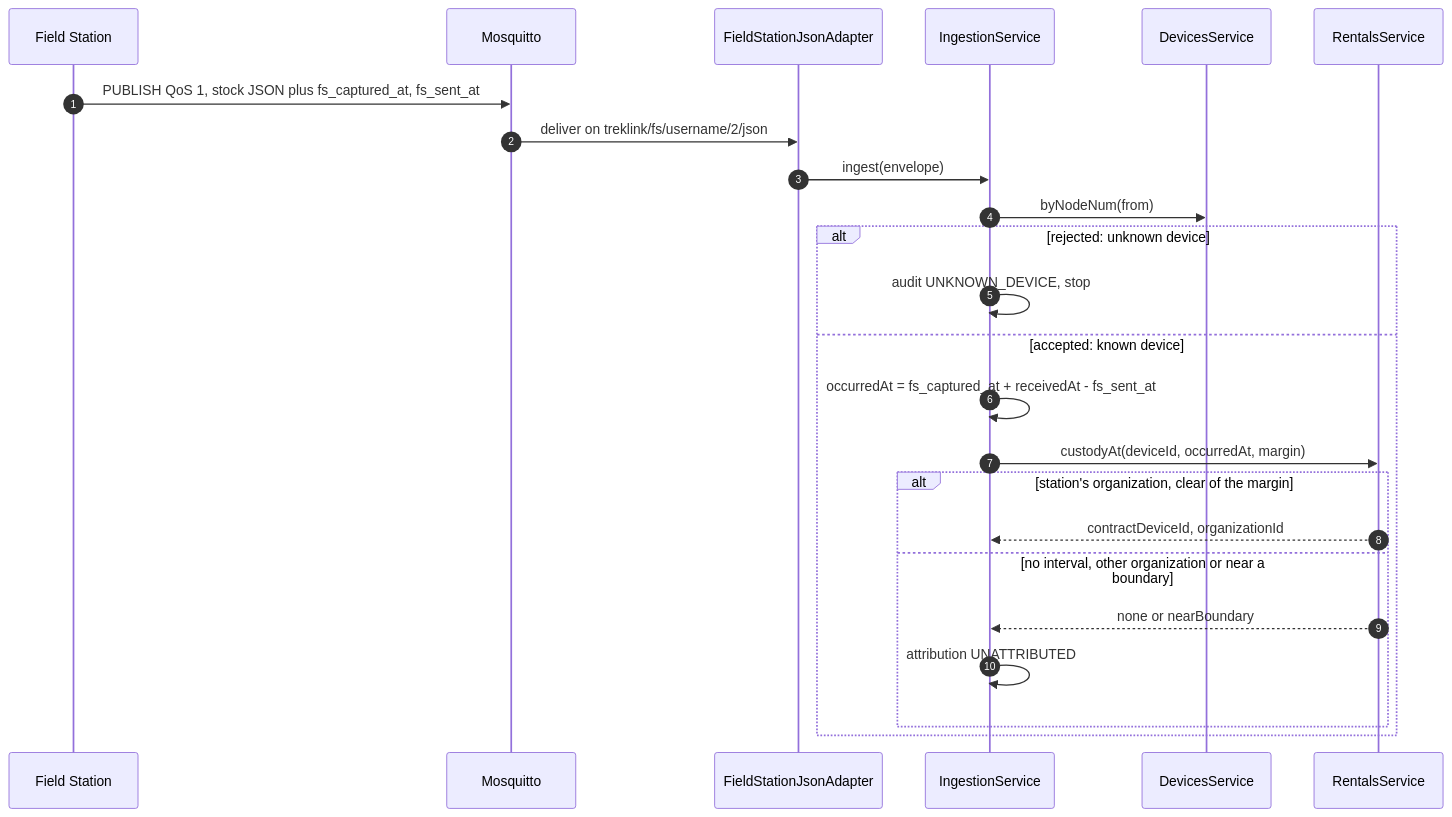
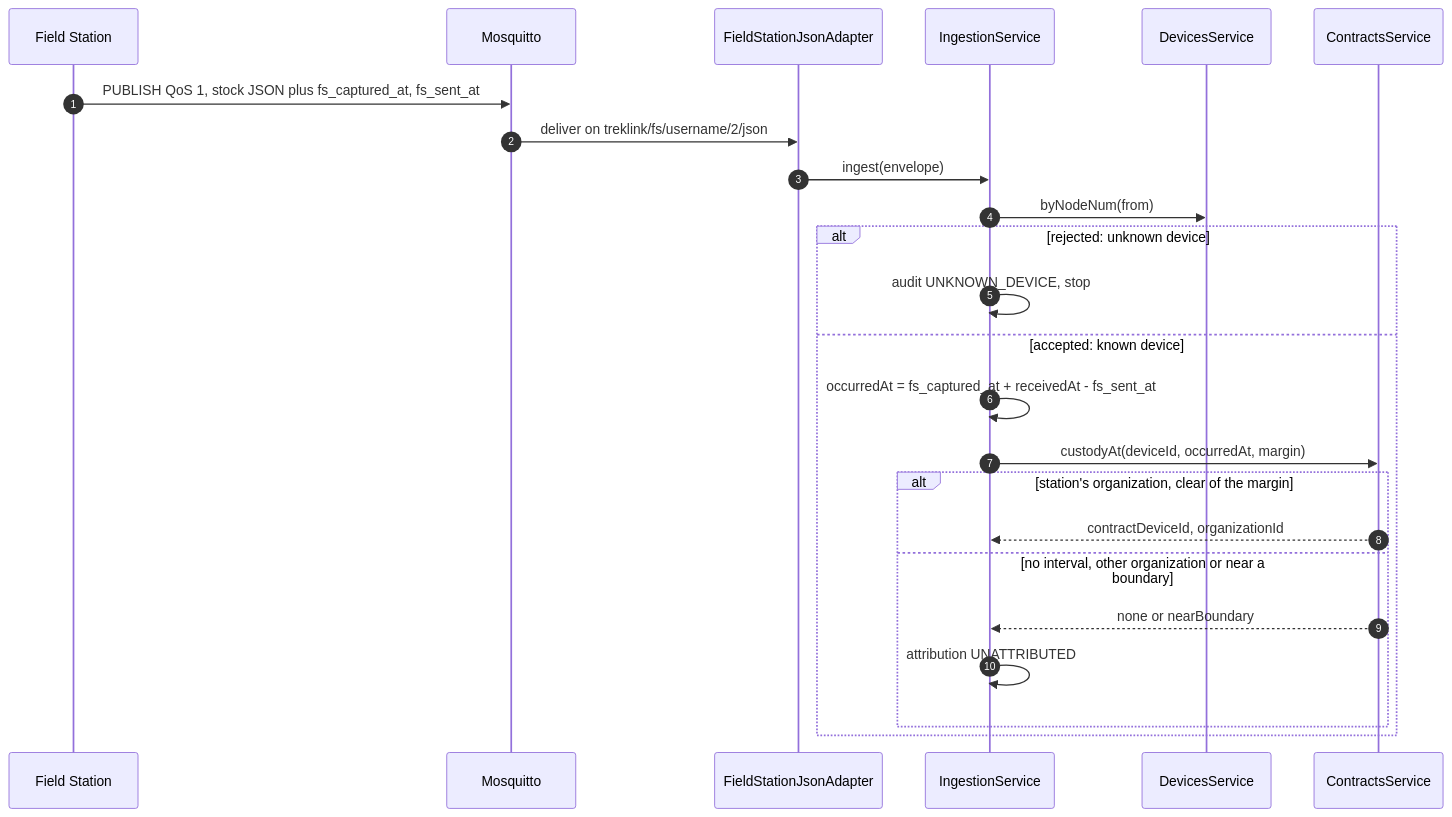
The fifth of 8 diagrams in specs/gateway-sync/design.md (TrekLink-Team/treklink-web), drawn with Mermaid before and after one commit. The commit also changed other lines of this file and 39 other files, not shown here.

````diff
--- a/specs/gateway-sync/design.md
+++ b/specs/gateway-sync/design.md
@@ -235,26 +236,26 @@
 ```mermaid
 sequenceDiagram
     autonumber
     participant FS as Field Station
     participant B as Mosquitto
     participant A as FieldStationJsonAdapter
     participant S as IngestionService
     participant D as DevicesService
-    participant Rt as RentalsService
+    participant Rt as ContractsService
     FS->>B: PUBLISH QoS 1, stock JSON plus fs_captured_at, fs_sent_at
     B->>A: deliver on treklink/fs/username/2/json
     A->>S: ingest(envelope)
     S->>D: byNodeNum(from)
     alt rejected: unknown device
         S->>S: audit UNKNOWN_DEVICE, stop
     else accepted: known device
         S->>S: occurredAt = fs_captured_at + receivedAt - fs_sent_at
         S->>Rt: custodyAt(deviceId, occurredAt, margin)
         alt station's organization, clear of the margin
             Rt-->>S: contractDeviceId, organizationId
         else no interval, other organization or near a boundary
             Rt-->>S: none or nearBoundary
             S->>S: attribution UNATTRIBUTED
         end
     end
 ```
````
